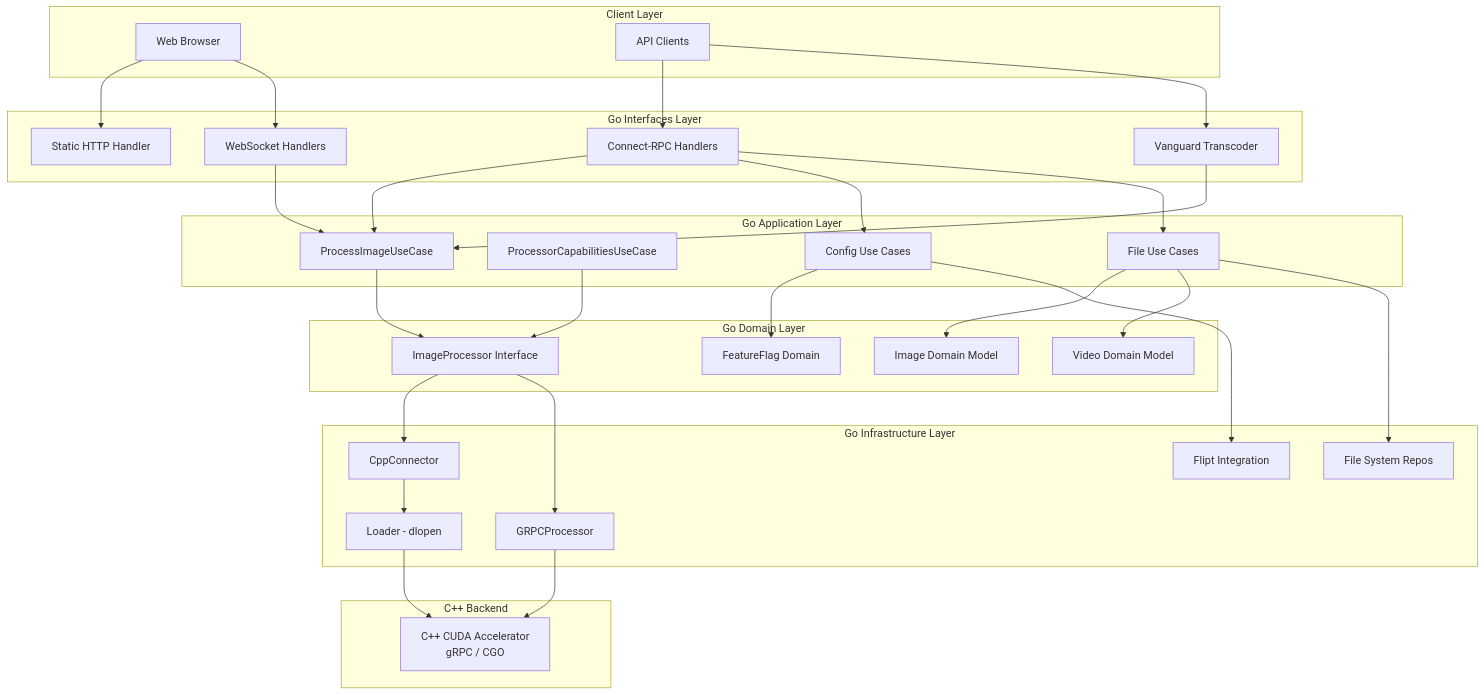
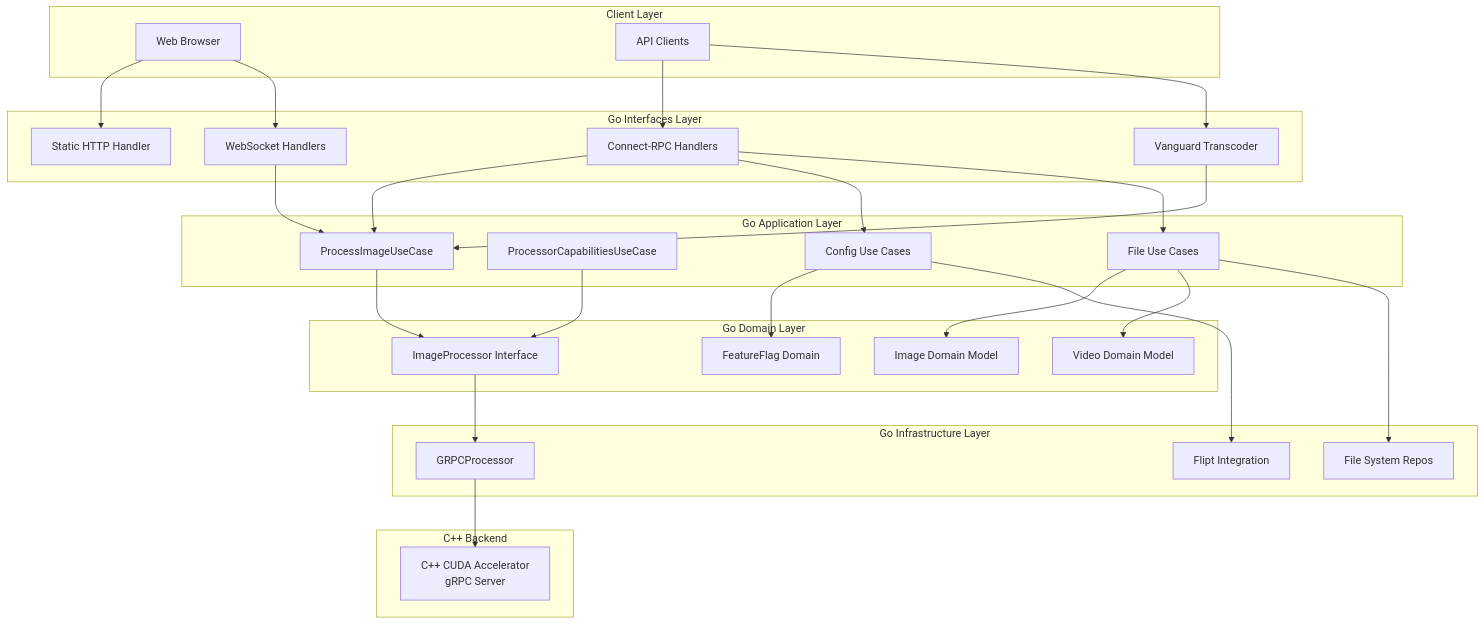
The first of 11 diagrams in webserver/README.md (josnelihurt/learning-cuda), drawn with Mermaid before and after one commit. The commit also changed other lines of this file and 239 other files, not shown here.

First line of the commit message:
feat(webrtc): migrate to gRPC-only backend and add WebRTC signaling (#581) (#603)

````diff
--- a/webserver/README.md
+++ b/webserver/README.md
@@ -77,66 +77,61 @@
 ```mermaid
 graph TB
     subgraph "Client Layer"
         Browser[Web Browser]
         API[API Clients]
     end
     
     subgraph "Go Interfaces Layer"
         ConnectRPC[Connect-RPC Handlers]
         WebSocket[WebSocket Handlers]
         StaticHTTP[Static HTTP Handler]
         Vanguard[Vanguard Transcoder]
     end
     
     subgraph "Go Application Layer"
         ProcessImageUC[ProcessImageUseCase]
         CapabilitiesUC[ProcessorCapabilitiesUseCase]
         ConfigUC[Config Use Cases]
         FileUC[File Use Cases]
     end
     
     subgraph "Go Domain Layer"
         ImageProcessor[ImageProcessor Interface]
         Image[Image Domain Model]
         Video[Video Domain Model]
         FeatureFlag[FeatureFlag Domain]
     end
     
     subgraph "Go Infrastructure Layer"
-        CppConnector[CppConnector]
         GRPCProcessor[GRPCProcessor]
-        Loader[Loader - dlopen]
         FeatureFlags[Flipt Integration]
         FileSystem[File System Repos]
     end
     
     subgraph "C++ Backend"
-        CppBackend[C++ CUDA Accelerator<br/>gRPC / CGO]
+        CppBackend[C++ CUDA Accelerator<br/>gRPC Server]
     end
     
     Browser --> StaticHTTP
     Browser --> WebSocket
     API --> ConnectRPC
     API --> Vanguard
     
     ConnectRPC --> ProcessImageUC
     ConnectRPC --> ConfigUC
     ConnectRPC --> FileUC
     WebSocket --> ProcessImageUC
     Vanguard --> ProcessImageUC
     
     ProcessImageUC --> ImageProcessor
     CapabilitiesUC --> ImageProcessor
     ConfigUC --> FeatureFlag
     FileUC --> Image
     FileUC --> Video
     
-    ImageProcessor --> CppConnector
     ImageProcessor --> GRPCProcessor
-    CppConnector --> Loader
-    Loader --> CppBackend
     GRPCProcessor --> CppBackend
     
     ConfigUC --> FeatureFlags
     FileUC --> FileSystem
 ```
````
